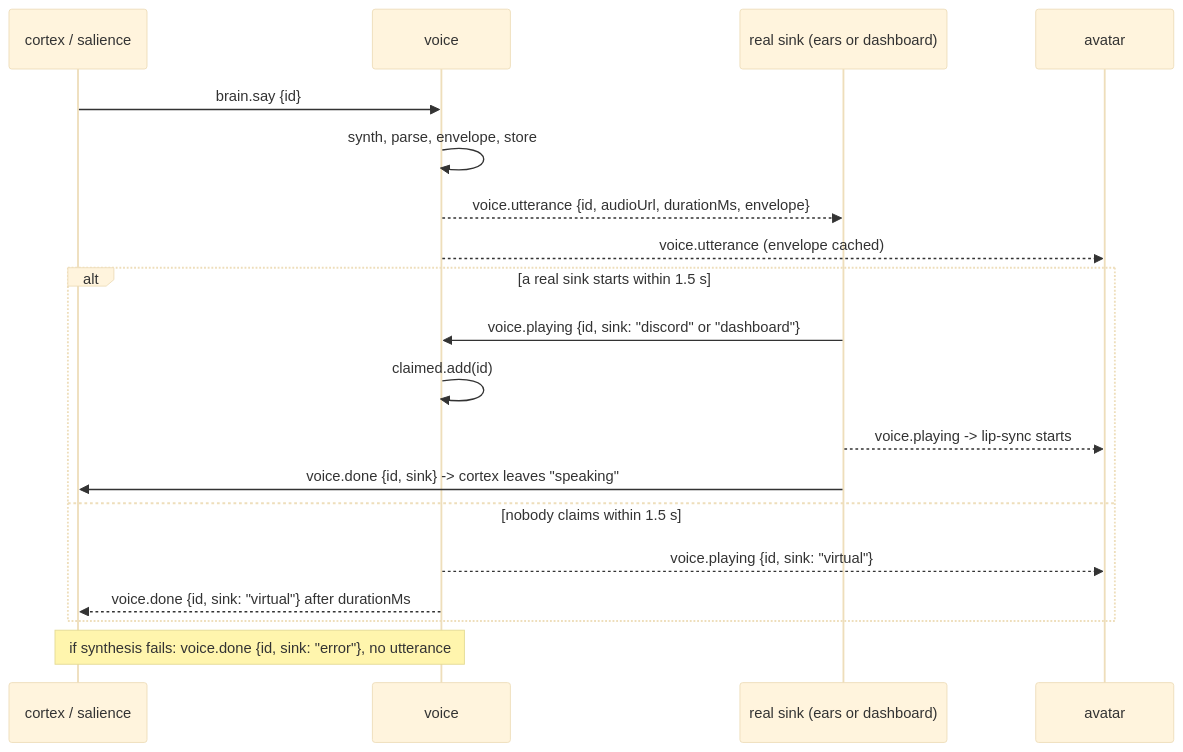
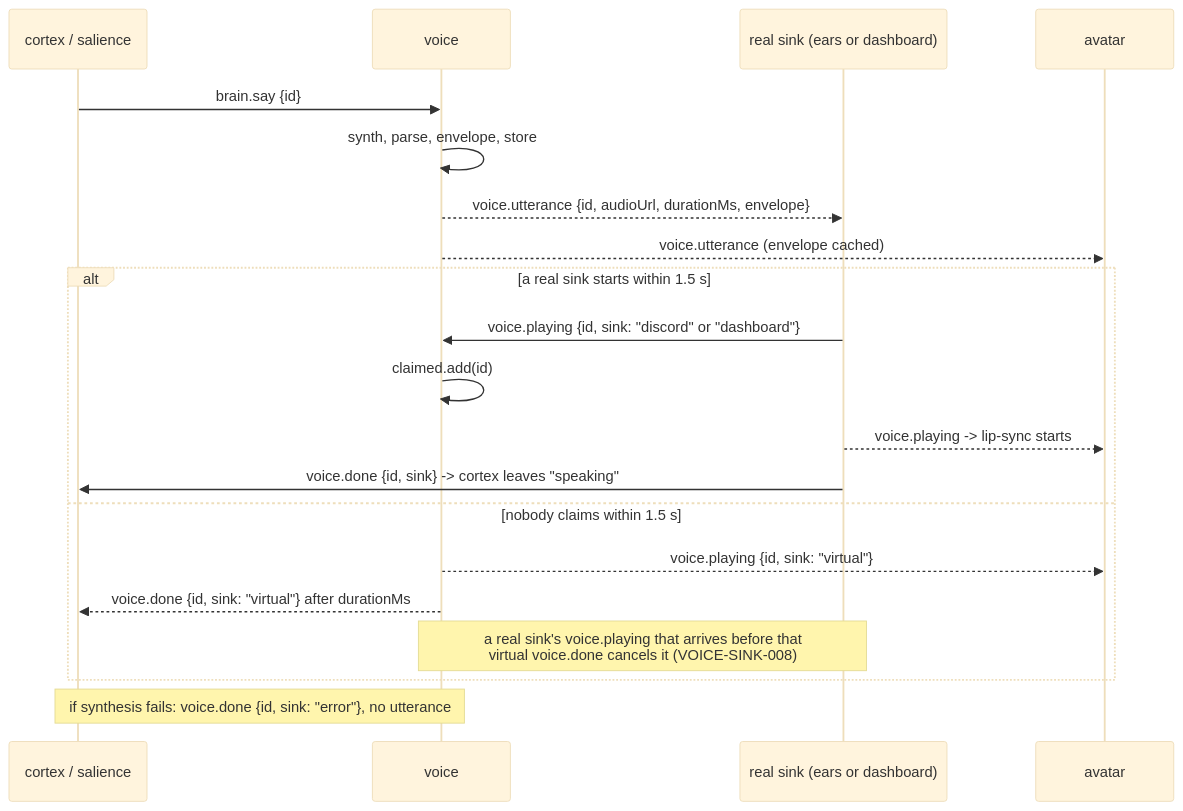
One commit to CoderCoco-Studios/cohost changed the diagram in docs/intent/voice/voice-design.md. Above: the diagram before and after it, drawn with Mermaid (base theme). The commit also changed other lines of this file and 5 other files, not shown here.

````diff
--- a/docs/intent/voice/voice-design.md
+++ b/docs/intent/voice/voice-design.md
@@ -96,21 +96,22 @@
 ```mermaid
 sequenceDiagram
   participant C as cortex / salience
   participant V as voice
   participant S as real sink (ears or dashboard)
   participant A as avatar
   C->>V: brain.say {id}
   V->>V: synth, parse, envelope, store
   V-->>S: voice.utterance {id, audioUrl, durationMs, envelope}
   V-->>A: voice.utterance (envelope cached)
   alt a real sink starts within 1.5 s
     S->>V: voice.playing {id, sink: "discord" or "dashboard"}
     V->>V: claimed.add(id)
     S-->>A: voice.playing -> lip-sync starts
     S->>C: voice.done {id, sink} -> cortex leaves "speaking"
   else nobody claims within 1.5 s
     V-->>A: voice.playing {id, sink: "virtual"}
     V-->>C: voice.done {id, sink: "virtual"} after durationMs
+    Note over V,S: a real sink's voice.playing that arrives before that<br/>virtual voice.done cancels it (VOICE-SINK-008)
   end
   Note over V,C: if synthesis fails: voice.done {id, sink: "error"}, no utterance
 ```
````
